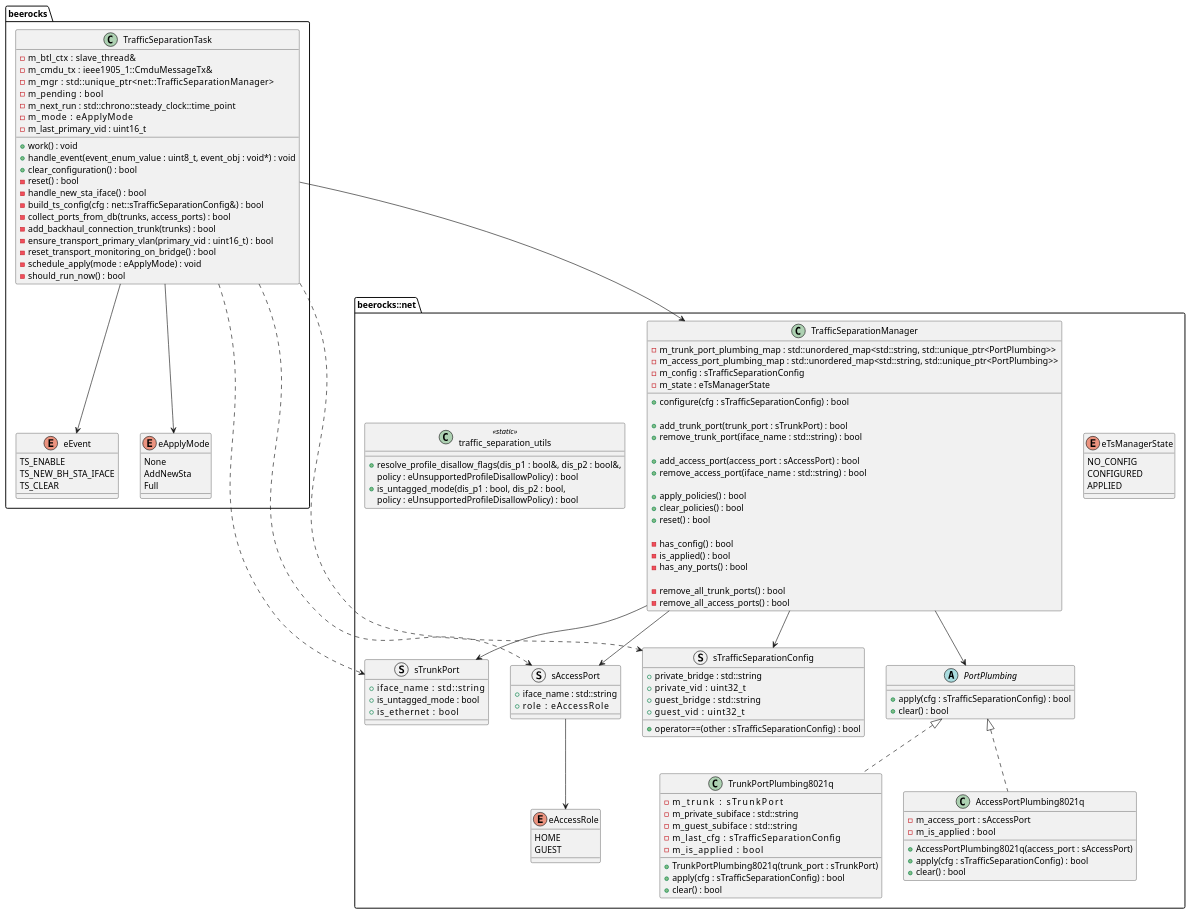
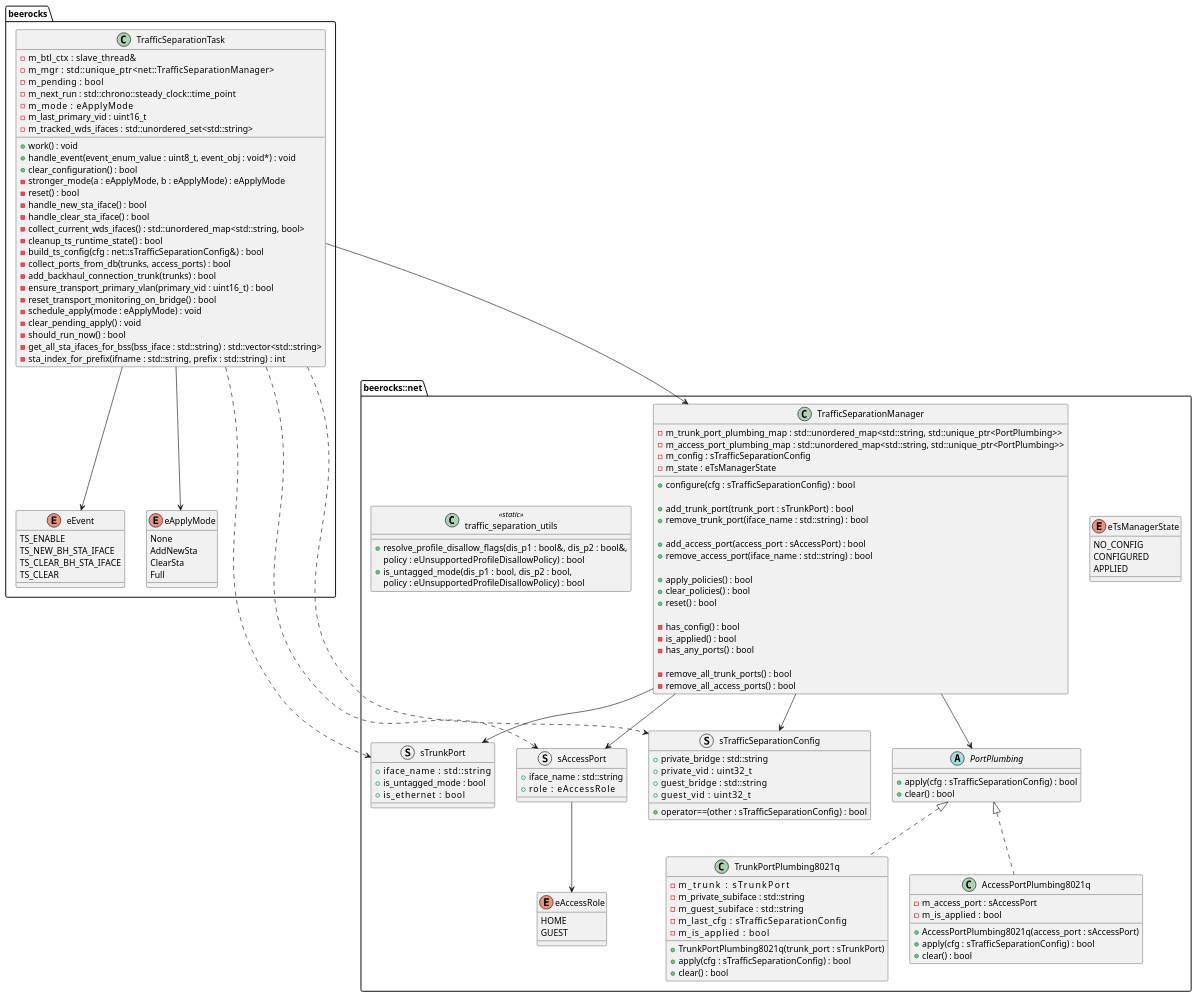
The diagram in documentation/images/plantuml/agent/traffic_separation/ts_ClassD.puml (CodeLinaro-mirror/qsdk_oss_prpl-foundation_prplmesh_prplMesh), drawn with PlantUML before and after one commit. The commit also changed 7 other files, not shown here.

First line of the commit message:
docs: update TS traffic separation diagrams

```diff
--- a/documentation/images/plantuml/agent/traffic_separation/ts_ClassD.puml
+++ b/documentation/images/plantuml/agent/traffic_separation/ts_ClassD.puml
@@ -1,160 +1,169 @@
 @startuml
 package "beerocks" {
   class TrafficSeparationTask {
     -m_btl_ctx   : slave_thread&
-    -m_cmdu_tx   : ieee1905_1::CmduMessageTx&
     -m_mgr       : std::unique_ptr<net::TrafficSeparationManager>
     -m_pending   : bool
     -m_next_run  : std::chrono::steady_clock::time_point
     -m_mode      : eApplyMode
     -m_last_primary_vid : uint16_t
+    -m_tracked_wds_ifaces : std::unordered_set<std::string>
     +work() : void
     +handle_event(event_enum_value : uint8_t, event_obj : void*) : void
     +clear_configuration() : bool
+    -stronger_mode(a : eApplyMode, b : eApplyMode) : eApplyMode
     -reset() : bool
     -handle_new_sta_iface() : bool
+    -handle_clear_sta_iface() : bool
+    -collect_current_wds_ifaces() : std::unordered_map<std::string, bool>
+    -cleanup_ts_runtime_state() : bool
     -build_ts_config(cfg : net::sTrafficSeparationConfig&) : bool
     -collect_ports_from_db(trunks, access_ports) : bool
     -add_backhaul_connection_trunk(trunks) : bool
     -ensure_transport_primary_vlan(primary_vid : uint16_t) : bool
     -reset_transport_monitoring_on_bridge() : bool
     -schedule_apply(mode : eApplyMode) : void
+    -clear_pending_apply() : void
     -should_run_now() : bool
+    -get_all_sta_ifaces_for_bss(bss_iface : std::string) : std::vector<std::string>
+    -sta_index_for_prefix(ifname : std::string, prefix : std::string) : int
   }
 
   enum eEvent {
     TS_ENABLE
     TS_NEW_BH_STA_IFACE
+    TS_CLEAR_BH_STA_IFACE
     TS_CLEAR
   }
 
   enum eApplyMode {
     None
     AddNewSta
+    ClearSta
     Full
   }
 }
 
 package "beerocks::net" {
 
   '-------------------------------------------------
   ' Value types / configuration
   '-------------------------------------------------
   struct sTrafficSeparationConfig {
     +private_bridge : std::string
     +private_vid    : uint32_t
     +guest_bridge   : std::string
     +guest_vid      : uint32_t
     +operator==(other : sTrafficSeparationConfig) : bool
   }
 
   struct sTrunkPort {
     +iface_name       : std::string
     +is_untagged_mode : bool
     +is_ethernet      : bool
   }
 
   enum eAccessRole {
     HOME
     GUEST
   }
 
   struct sAccessPort {
     +iface_name : std::string
     +role       : eAccessRole
   }
 
   '-------------------------------------------------
   ' Manager state
   '-------------------------------------------------
   enum eTsManagerState {
     NO_CONFIG
     CONFIGURED
     APPLIED
   }
 
   '-------------------------------------------------
   ' Plumbing abstraction
   '-------------------------------------------------
   abstract class PortPlumbing {
     +apply(cfg : sTrafficSeparationConfig) : bool
     +clear() : bool
   }
 
   class TrunkPortPlumbing8021q {
     -m_trunk            : sTrunkPort
     -m_private_subiface : std::string
     -m_guest_subiface   : std::string
     -m_last_cfg         : sTrafficSeparationConfig
     -m_is_applied       : bool
     +TrunkPortPlumbing8021q(trunk_port : sTrunkPort)
     +apply(cfg : sTrafficSeparationConfig) : bool
     +clear() : bool
   }
 
   class AccessPortPlumbing8021q {
     -m_access_port : sAccessPort
     -m_is_applied  : bool
     +AccessPortPlumbing8021q(access_port : sAccessPort)
     +apply(cfg : sTrafficSeparationConfig) : bool
     +clear() : bool
   }
 
   '-------------------------------------------------
   ' Manager
   '-------------------------------------------------
   class TrafficSeparationManager {
     -m_trunk_port_plumbing_map  : std::unordered_map<std::string, std::unique_ptr<PortPlumbing>>
     -m_access_port_plumbing_map : std::unordered_map<std::string, std::unique_ptr<PortPlumbing>>
     -m_config : sTrafficSeparationConfig
     -m_state : eTsManagerState
 
     +configure(cfg : sTrafficSeparationConfig) : bool
 
     +add_trunk_port(trunk_port : sTrunkPort) : bool
     +remove_trunk_port(iface_name : std::string) : bool
 
     +add_access_port(access_port : sAccessPort) : bool
     +remove_access_port(iface_name : std::string) : bool
 
     +apply_policies() : bool
     +clear_policies() : bool
     +reset() : bool
 
     -has_config() : bool
     -is_applied() : bool
     -has_any_ports() : bool
 
     -remove_all_trunk_ports() : bool
     -remove_all_access_ports() : bool
   }
 
   '-------------------------------------------------
   ' Utility
   '-------------------------------------------------
   class traffic_separation_utils <<static>> {
     +resolve_profile_disallow_flags(dis_p1 : bool&, dis_p2 : bool&,
                                     policy : eUnsupportedProfileDisallowPolicy) : bool
     +is_untagged_mode(dis_p1 : bool, dis_p2 : bool,
                       policy : eUnsupportedProfileDisallowPolicy) : bool
   }
 }
 
 ' Relationships
 sAccessPort --> eAccessRole
 TrafficSeparationTask --> eEvent
 TrafficSeparationTask --> eApplyMode
 TrafficSeparationTask --> TrafficSeparationManager
 TrafficSeparationTask ..> sTrafficSeparationConfig
 TrafficSeparationTask ..> sTrunkPort
 TrafficSeparationTask ..> sAccessPort
 
 PortPlumbing <|.. TrunkPortPlumbing8021q
 PortPlumbing <|.. AccessPortPlumbing8021q
 
 TrafficSeparationManager --> PortPlumbing
 TrafficSeparationManager --> sTrunkPort
 TrafficSeparationManager --> sAccessPort
 TrafficSeparationManager --> sTrafficSeparationConfig
 
 @enduml
```
